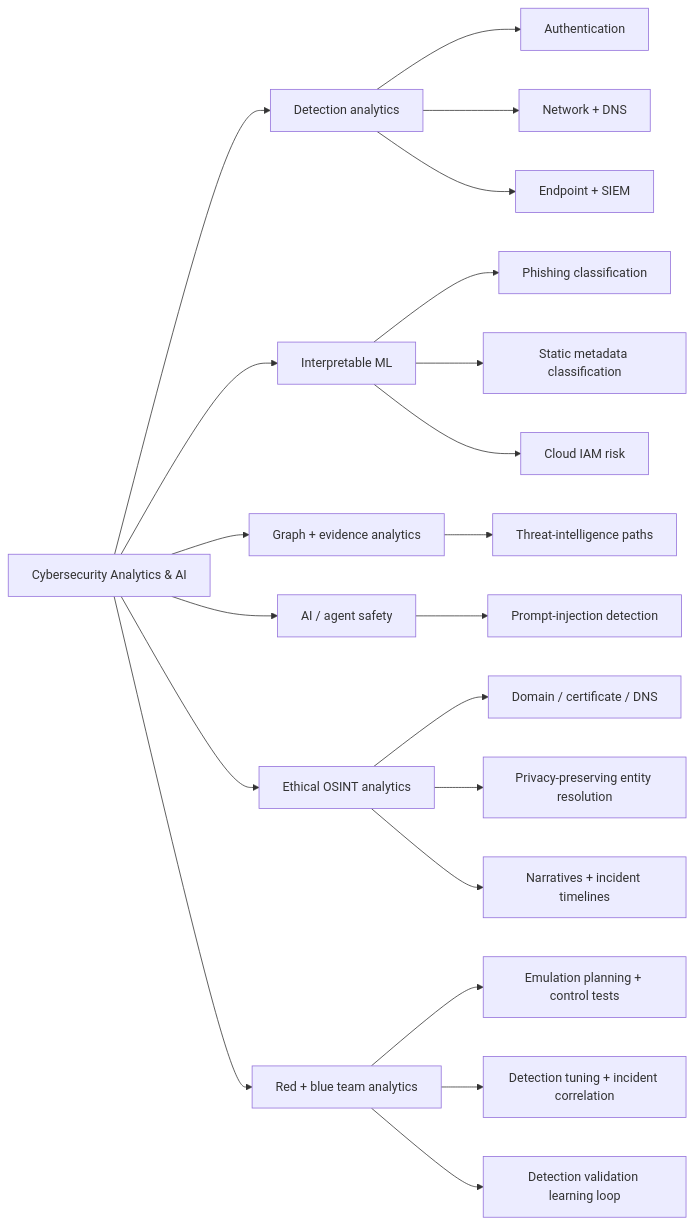
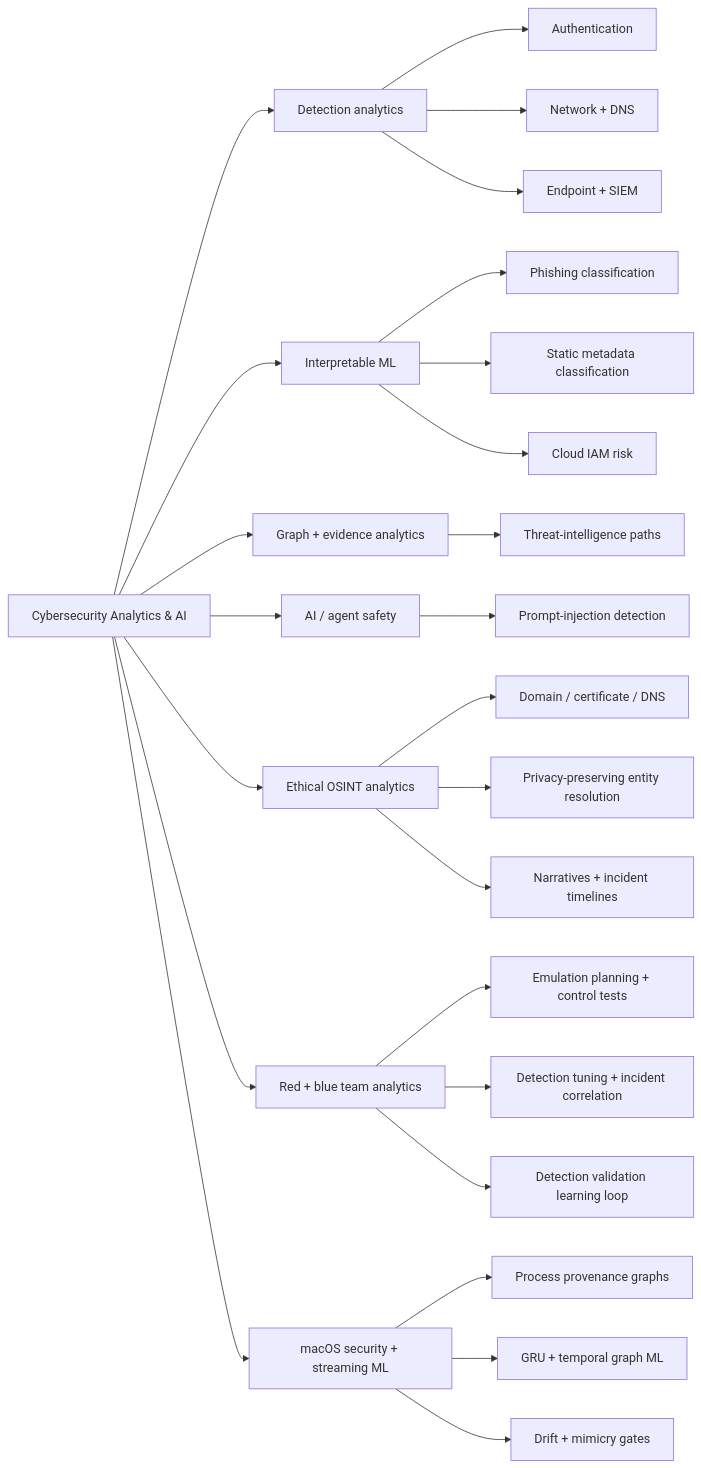
One commit to VinayK88/cybersecurity-analytics changed the first of 3 diagrams in README.md. Above: the diagram before and after it, drawn with Mermaid. The commit also changed other lines of this file and 1 other file, not shown here.

First line of the commit message:
Feature MacSentinel in the cybersecurity portfolio

````diff
--- a/README.md
+++ b/README.md
@@ -41,30 +42,35 @@
 ```mermaid
 flowchart LR
     ROOT["Cybersecurity Analytics & AI"]
 
     ROOT --> DETECT["Detection analytics"]
     ROOT --> ML["Interpretable ML"]
     ROOT --> GRAPH["Graph + evidence analytics"]
     ROOT --> AI["AI / agent safety"]
     ROOT --> OSINT["Ethical OSINT analytics"]
     ROOT --> PURPLE["Red + blue team analytics"]
+    ROOT --> MAC["macOS security + streaming ML"]
 
     DETECT --> AUTH["Authentication"]
     DETECT --> NET["Network + DNS"]
     DETECT --> ENDPOINT["Endpoint + SIEM"]
 
     ML --> PHISH["Phishing classification"]
     ML --> MALWARE["Static metadata classification"]
     ML --> IAM["Cloud IAM risk"]
 
     GRAPH --> CTI["Threat-intelligence paths"]
     AI --> INJECTION["Prompt-injection detection"]
 
     OSINT --> INFRA["Domain / certificate / DNS"]
     OSINT --> PEOPLE["Privacy-preserving entity resolution"]
     OSINT --> FUSION["Narratives + incident timelines"]
 
     PURPLE --> RED["Emulation planning + control tests"]
     PURPLE --> BLUE["Detection tuning + incident correlation"]
     PURPLE --> LOOP["Detection validation learning loop"]
+
+    MAC --> PROV["Process provenance graphs"]
+    MAC --> STREAM["GRU + temporal graph ML"]
+    MAC --> ROBUST["Drift + mimicry gates"]
 ```
````
